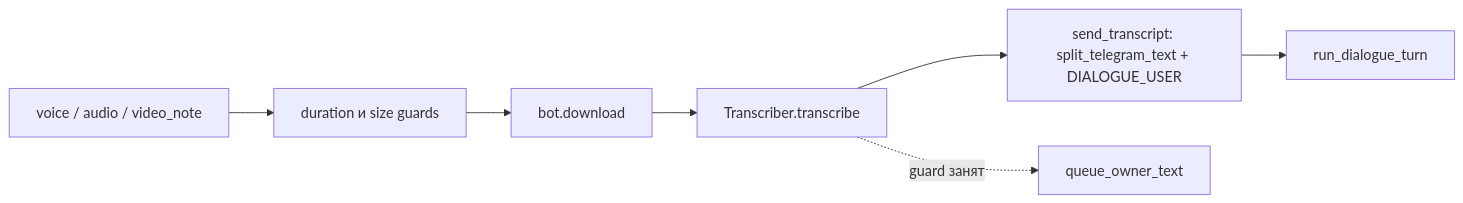
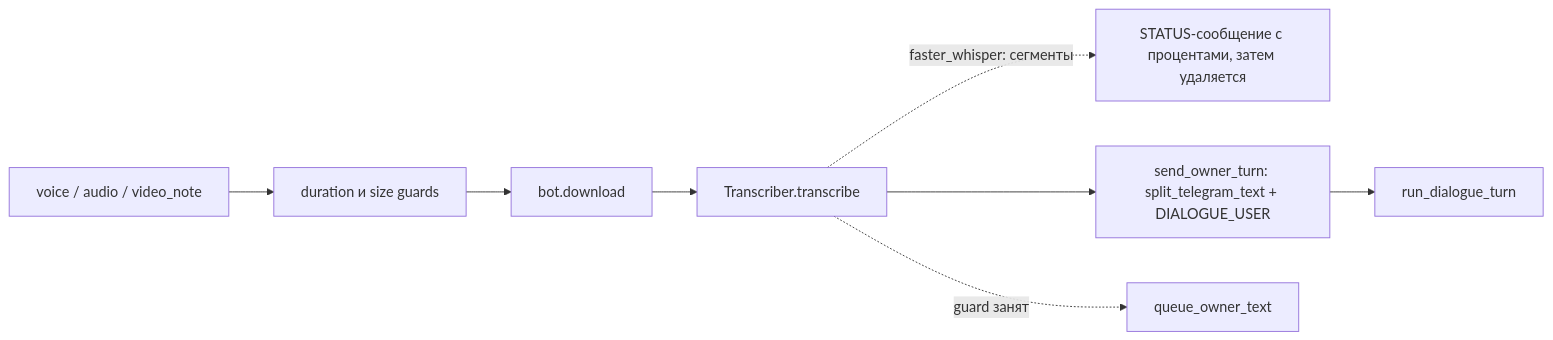
One commit to myvaheed/tg-ai-safwa changed the ninth of 13 diagrams in docs/STRUCTURE_GRAPH.md. Above: the diagram before and after it, drawn with Mermaid. The commit also changed other lines of this file and 15 other files, not shown here.

````diff
--- a/docs/STRUCTURE_GRAPH.md
+++ b/docs/STRUCTURE_GRAPH.md
@@ -283,9 +283,10 @@
 ```mermaid
 flowchart LR
     V["voice / audio / video_note"] --> G["duration и size guards"]
     G --> D["bot.download"]
     D --> TR["Transcriber.transcribe"]
-    TR --> S["send_transcript: split_telegram_text + DIALOGUE_USER"]
+    TR -.->|"faster_whisper: сегменты"| P["STATUS-сообщение с процентами, затем удаляется"]
+    TR --> S["send_owner_turn: split_telegram_text + DIALOGUE_USER"]
     S --> RT["run_dialogue_turn"]
     TR -.->|guard занят| Q["queue_owner_text"]
 ```
````
